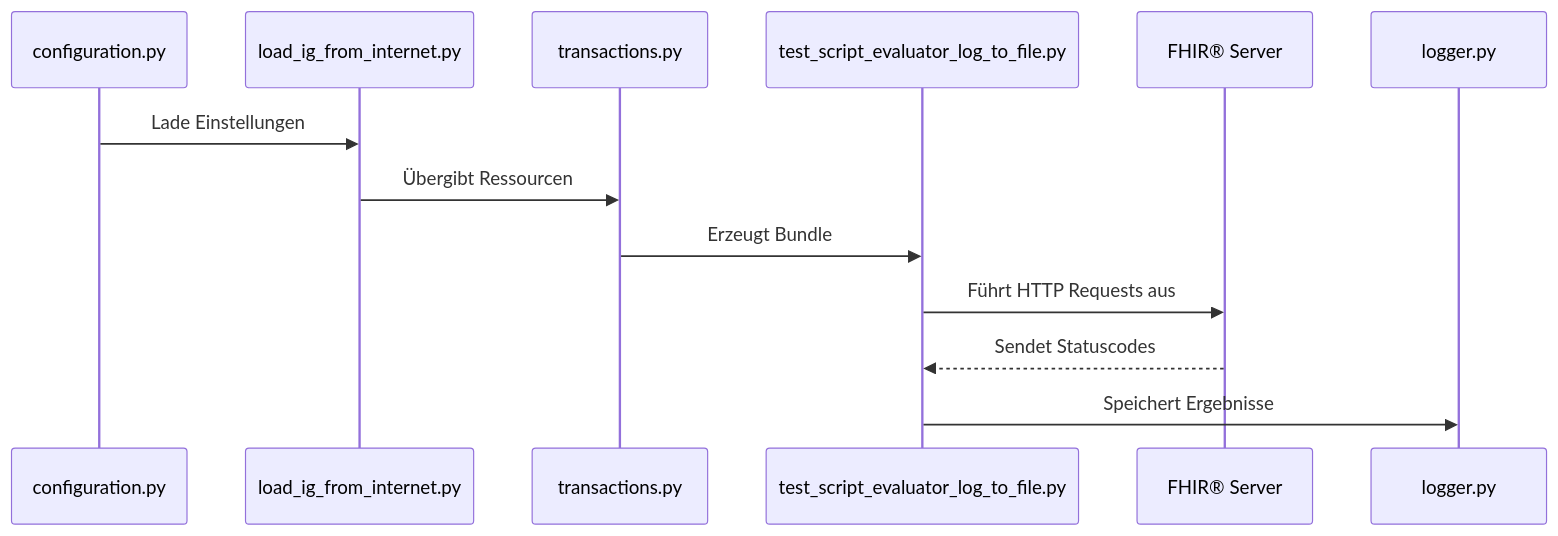
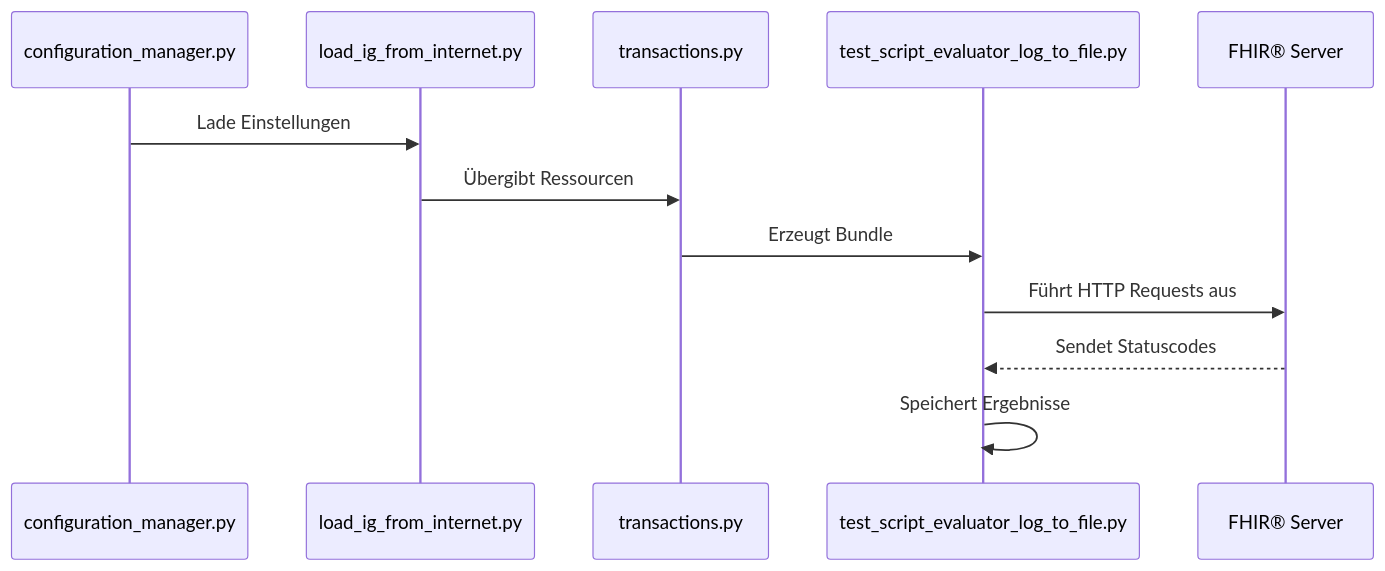
Before and after one commit to HL7Austria/HL7-AT-TestFhiry-TestRunner: the second of 2 diagrams in README.md, drawn with Mermaid. The commit also changed other lines of this file, not shown here.

````diff
--- a/README.md
+++ b/README.md
@@ -142,16 +136,15 @@
 ```mermaid
 sequenceDiagram
-    participant Config as configuration.py
+    participant Config as configuration_manager.py
     participant Loader as load_ig_from_internet.py
     participant Builder as transactions.py
     participant Evaluator as test_script_evaluator_log_to_file.py
     participant Server as FHIR® Server
-    participant Log as logger.py
 
     Config->>Loader: Lade Einstellungen
     Loader->>Builder: Übergibt Ressourcen
     Builder->>Evaluator: Erzeugt Bundle
     Evaluator->>Server: Führt HTTP Requests aus
     Server-->>Evaluator: Sendet Statuscodes
-    Evaluator->>Log: Speichert Ergebnisse
+    Evaluator->>Evaluator: Speichert Ergebnisse
 ```
````
